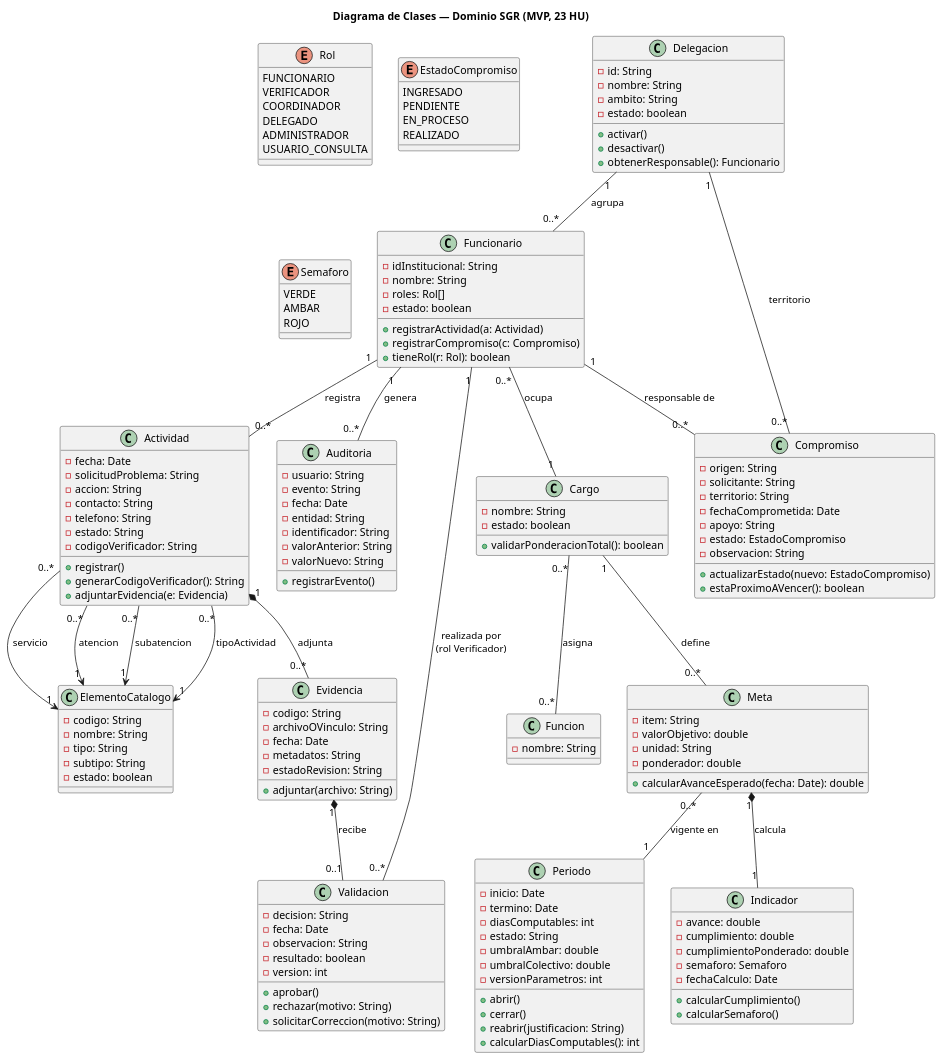
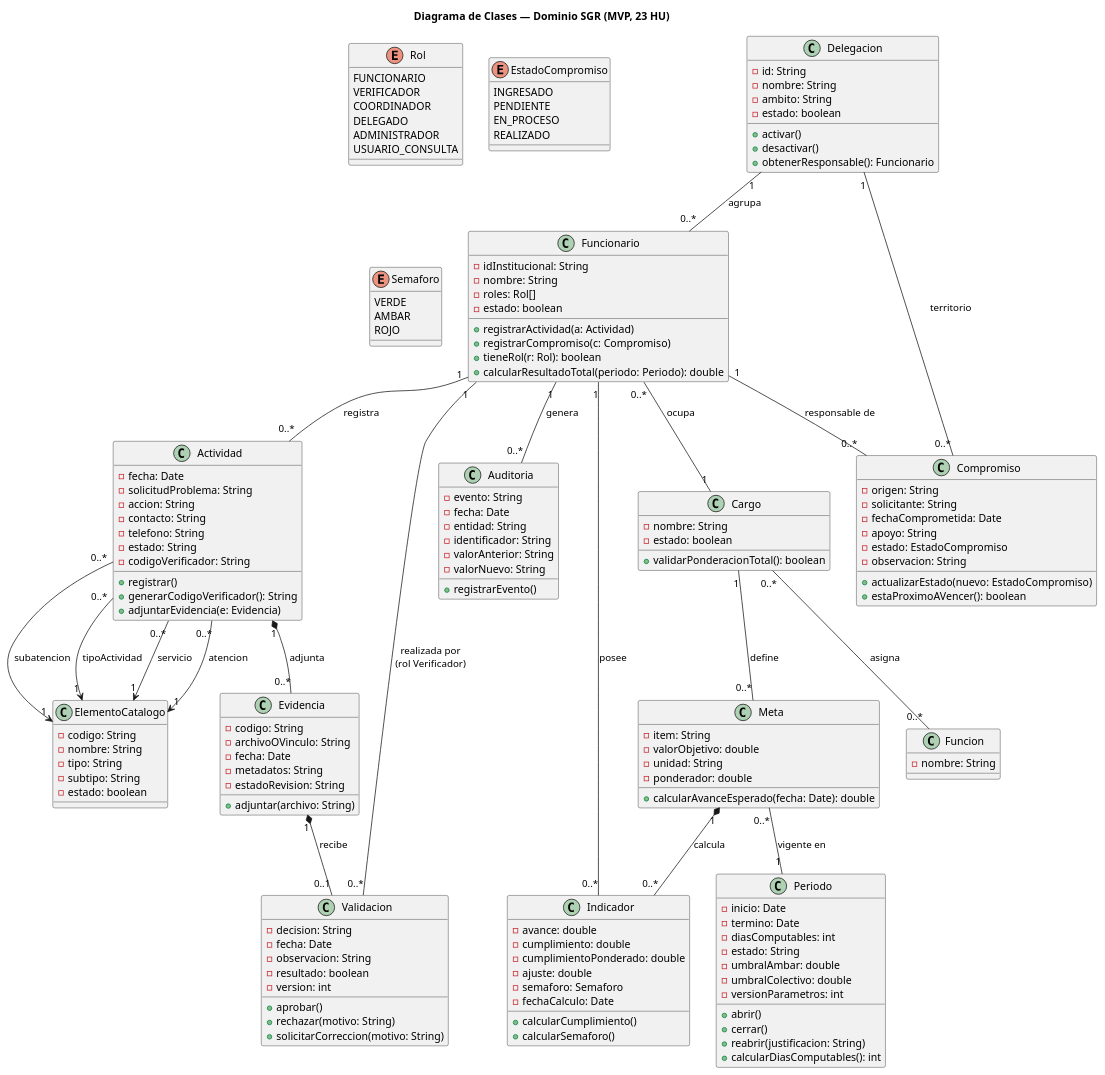
The diagram in assets/actividad-3/clases-dominio.puml (Ren-reno/ev1), drawn with PlantUML before and after one commit. The commit also changed 1 other file, not shown here.

Commit message:
Indicador -> agregado -ajuste: double Funcionario -> agregado +calcularResultadoTotal(periodo: Periodo): double Compromiso -> sacado -territorio: String (queda solo la relacion) Auditoria -> sacado -usuario: String (queda solo la relacion) Relaciones -> Meta '1' *-- '0..*' Indicador : calcula (antes era '1') + nueva linea Funcionario '1' -- '0..*' Indicador : posee

```diff
--- a/assets/actividad-3/clases-dominio.puml
+++ b/assets/actividad-3/clases-dominio.puml
@@ -1,170 +1,171 @@
 @startuml clases-dominio
 title Diagrama de Clases — Dominio SGR (MVP, 23 HU)
 
 enum Rol {
   FUNCIONARIO
   VERIFICADOR
   COORDINADOR
   DELEGADO
   ADMINISTRADOR
   USUARIO_CONSULTA
 }
 
 enum EstadoCompromiso {
   INGRESADO
   PENDIENTE
   EN_PROCESO
   REALIZADO
 }
 
 enum Semaforo {
   VERDE
   AMBAR
   ROJO
 }
 
 class Delegacion {
   -id: String
   -nombre: String
   -ambito: String
   -estado: boolean
   +activar()
   +desactivar()
   +obtenerResponsable(): Funcionario
 }
 
 class Cargo {
   -nombre: String
   -estado: boolean
   +validarPonderacionTotal(): boolean
 }
 
 class Funcion {
   -nombre: String
 }
 
 class Funcionario {
   -idInstitucional: String
   -nombre: String
   -roles: Rol[]
   -estado: boolean
   +registrarActividad(a: Actividad)
   +registrarCompromiso(c: Compromiso)
   +tieneRol(r: Rol): boolean
+  +calcularResultadoTotal(periodo: Periodo): double
 }
 
 class Periodo {
   -inicio: Date
   -termino: Date
   -diasComputables: int
   -estado: String
   -umbralAmbar: double
   -umbralColectivo: double
   -versionParametros: int
   +abrir()
   +cerrar()
   +reabrir(justificacion: String)
   +calcularDiasComputables(): int
 }
 
 class Meta {
   -item: String
   -valorObjetivo: double
   -unidad: String
   -ponderador: double
   +calcularAvanceEsperado(fecha: Date): double
 }
 
 class ElementoCatalogo {
   -codigo: String
   -nombre: String
   -tipo: String
   -subtipo: String
   -estado: boolean
 }
 
 class Actividad {
   -fecha: Date
   -solicitudProblema: String
   -accion: String
   -contacto: String
   -telefono: String
   -estado: String
   -codigoVerificador: String
   +registrar()
   +generarCodigoVerificador(): String
   +adjuntarEvidencia(e: Evidencia)
 }
 
 class Compromiso {
   -origen: String
   -solicitante: String
-  -territorio: String
   -fechaComprometida: Date
   -apoyo: String
   -estado: EstadoCompromiso
   -observacion: String
   +actualizarEstado(nuevo: EstadoCompromiso)
   +estaProximoAVencer(): boolean
 }
 
 class Evidencia {
   -codigo: String
   -archivoOVinculo: String
   -fecha: Date
   -metadatos: String
   -estadoRevision: String
   +adjuntar(archivo: String)
 }
 
 class Validacion {
   -decision: String
   -fecha: Date
   -observacion: String
   -resultado: boolean
   -version: int
   +aprobar()
   +rechazar(motivo: String)
   +solicitarCorreccion(motivo: String)
 }
 
 class Indicador {
   -avance: double
   -cumplimiento: double
   -cumplimientoPonderado: double
+  -ajuste: double
   -semaforo: Semaforo
   -fechaCalculo: Date
   +calcularCumplimiento()
   +calcularSemaforo()
 }
 
 class Auditoria {
-  -usuario: String
   -evento: String
   -fecha: Date
   -entidad: String
   -identificador: String
   -valorAnterior: String
   -valorNuevo: String
   +registrarEvento()
 }
 
 Delegacion "1" -- "0..*" Funcionario : agrupa
 Funcionario "0..*" -- "1" Cargo : ocupa
 Cargo "1" -- "0..*" Meta : define
 Cargo "0..*" -- "0..*" Funcion : asigna
 Meta "0..*" -- "1" Periodo : vigente en
 Funcionario "1" -- "0..*" Actividad : registra
 Actividad "0..*" --> "1" ElementoCatalogo : tipoActividad
 Actividad "0..*" --> "1" ElementoCatalogo : servicio
 Actividad "0..*" --> "1" ElementoCatalogo : atencion
 Actividad "0..*" --> "1" ElementoCatalogo : subatencion
 Actividad "1" *-- "0..*" Evidencia : adjunta
 Evidencia "1" *-- "0..1" Validacion : recibe
 Validacion "0..*" -- "1" Funcionario : realizada por\n(rol Verificador)
 Funcionario "1" -- "0..*" Compromiso : responsable de
 Compromiso "0..*" -- "1" Delegacion : territorio
-Meta "1" *-- "1" Indicador : calcula
+Meta "1" *-- "0..*" Indicador : calcula
+Funcionario "1" -- "0..*" Indicador : posee
 Funcionario "1" -- "0..*" Auditoria : genera
 
 @enduml
```
